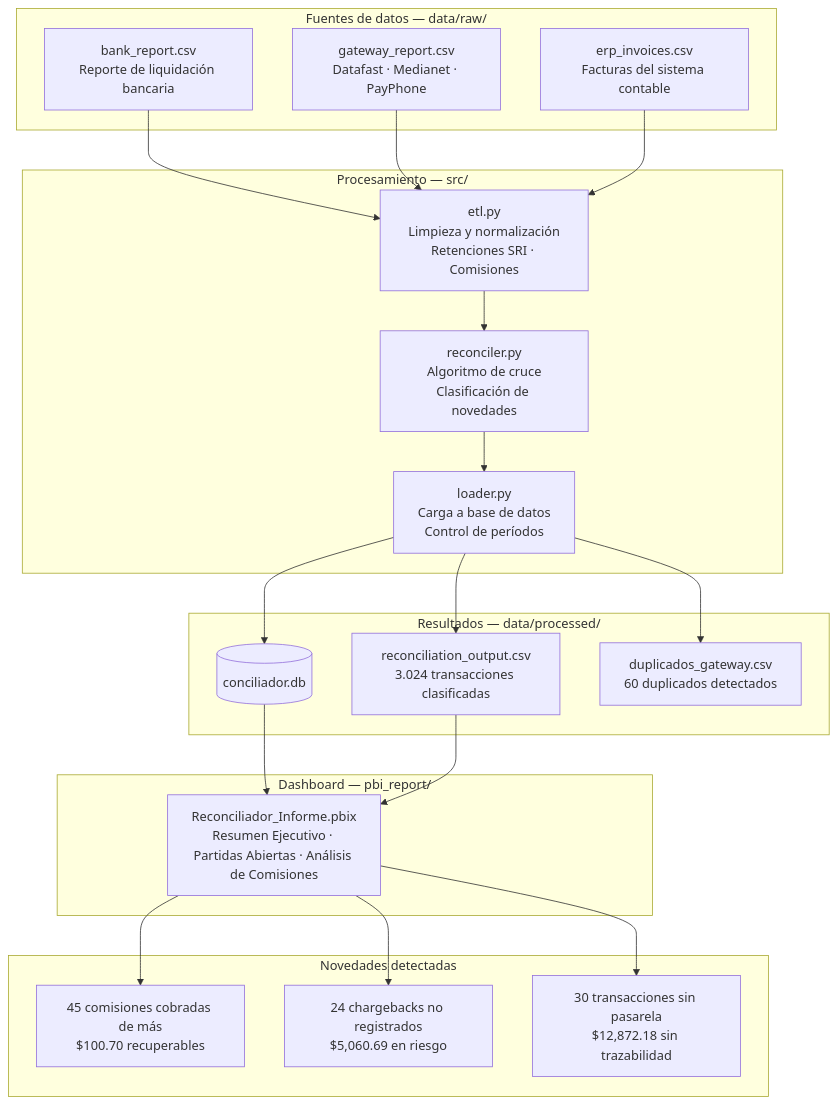
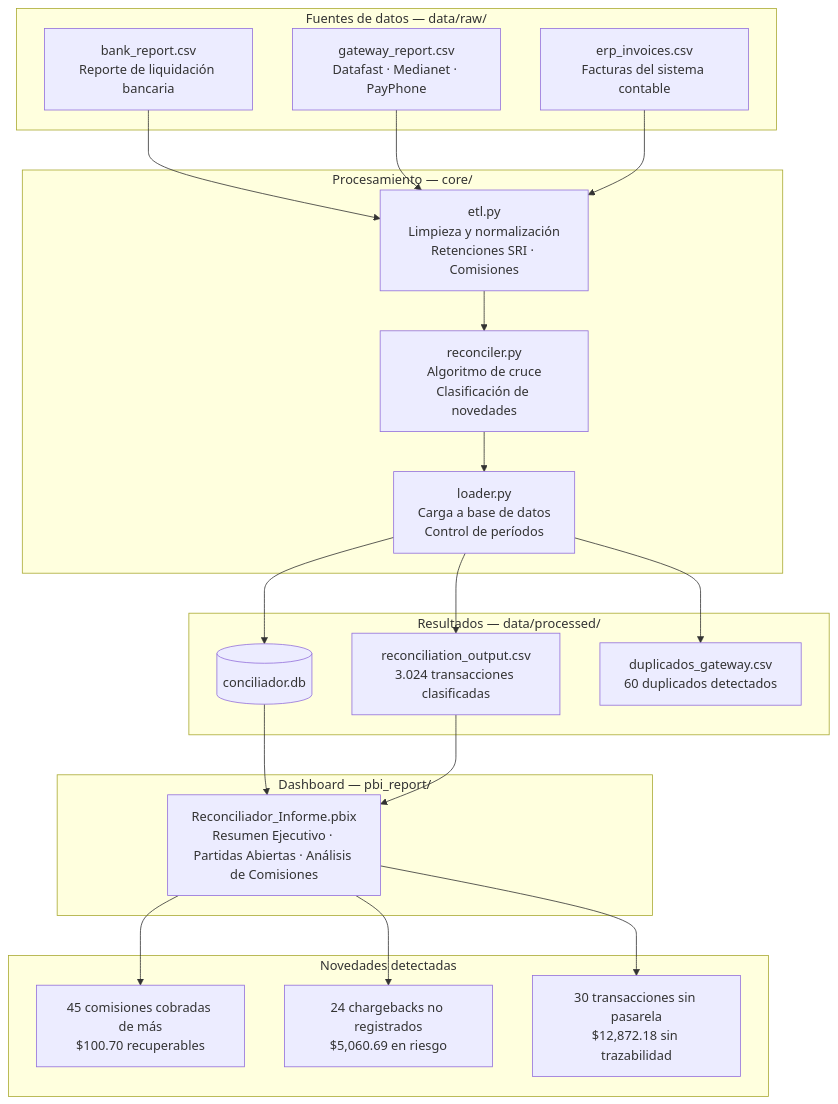
The diagram in Readme.md (Fabricio-BI/Payment_Reconcilier), drawn with Mermaid before and after one commit. The commit also changed other lines of this file, not shown here.

````diff
--- a/Readme.md
+++ b/Readme.md
@@ -35,44 +35,44 @@
 ```mermaid
 flowchart TD
     subgraph FUENTES["Fuentes de datos — data/raw/"]
         A["bank_report.csv\nReporte de liquidación bancaria"]
         B["gateway_report.csv\nDatafast · Medianet · PayPhone"]
         C["erp_invoices.csv\nFacturas del sistema contable"]
     end
  
-    subgraph ETL["Procesamiento — src/"]
+    subgraph ETL["Procesamiento — core/"]
         D["etl.py\nLimpieza y normalización\nRetenciones SRI · Comisiones"]
         E["reconciler.py\nAlgoritmo de cruce\nClasificación de novedades"]
         F["loader.py\nCarga a base de datos\nControl de períodos"]
     end
  
     subgraph DB["Resultados — data/processed/"]
         G[("conciliador.db")]
         H["reconciliation_output.csv\n3.024 transacciones clasificadas"]
         I["duplicados_gateway.csv\n60 duplicados detectados"]
     end
  
     subgraph DASHBOARD["Dashboard — pbi_report/"]
         J["Reconciliador_Informe.pbix\nResumen Ejecutivo · Partidas Abiertas · Análisis de Comisiones"]
     end
  
     subgraph RESULTADO["Novedades detectadas"]
         K["45 comisiones cobradas de más\n$100.70 recuperables"]
         L["24 chargebacks no registrados\n$5,060.69 en riesgo"]
         M["30 transacciones sin pasarela\n$12,872.18 sin trazabilidad"]
     end
  
     A --> D
     B --> D
     C --> D
     D --> E
     E --> F
     F --> G
     F --> H
     F --> I
     G --> J
     H --> J
     J --> K
     J --> L
     J --> M
 ```
````
